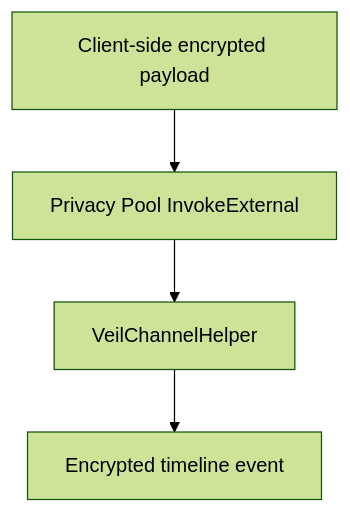
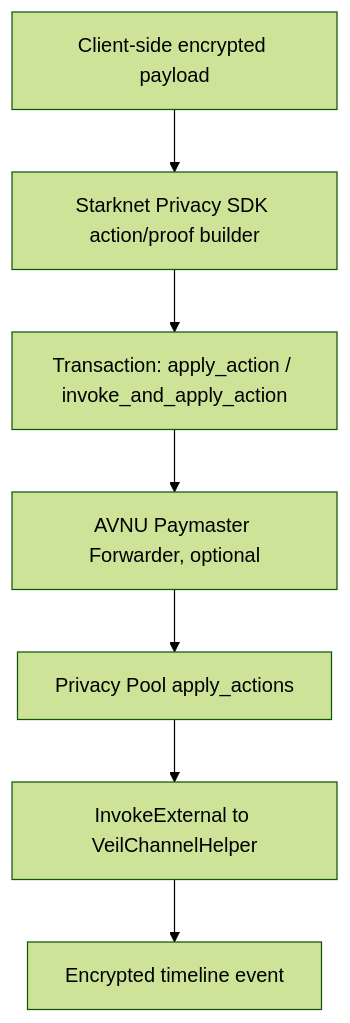
One commit to DXJLabs/velix changed the second of 2 diagrams in docs/encrypted-channel-privacy.md. Above: the diagram before and after it, drawn with Mermaid (forest theme). The commit also changed other lines of this file and 16 other files, not shown here.

````diff
--- a/docs/encrypted-channel-privacy.md
+++ b/docs/encrypted-channel-privacy.md
@@ -55,6 +57,9 @@
 ```mermaid
 flowchart TD
-  A["Client-side encrypted payload"] --> B["Privacy Pool InvokeExternal"]
-  B --> C["VeilChannelHelper"]
-  C --> D["Encrypted timeline event"]
+  A["Client-side encrypted payload"] --> B["Starknet Privacy SDK action/proof builder"]
+  B --> C["Transaction: apply_action / invoke_and_apply_action"]
+  C --> D["AVNU Paymaster Forwarder, optional"]
+  D --> E["Privacy Pool apply_actions"]
+  E --> F["InvokeExternal to VeilChannelHelper"]
+  F --> G["Encrypted timeline event"]
 ```
````
